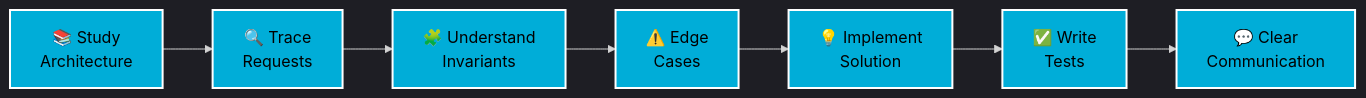
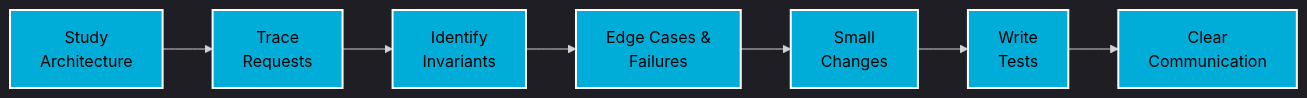
One commit to Aditya7880900936/Aditya7880900936 changed the diagram in README.md. Above: the diagram before and after it, drawn with Mermaid. The commit also changed other lines of this file, not shown here.

````diff
--- a/README.md
+++ b/README.md
@@ -191,18 +102,18 @@
 ```mermaid
-%%{init: {'theme':'dark'}}%%
+%%{init: {'theme':'dark', 'themeVariables': { 'fontSize':'16px'}}}%%
 graph LR
-    A[📚 Study<br/>Architecture] --> B[🔍 Trace<br/>Requests]
-    B --> C[🧩 Understand<br/>Invariants]
-    C --> D[⚠️ Edge<br/>Cases]
-    D --> E[💡 Implement<br/>Solution]
-    E --> F[✅ Write<br/>Tests]
-    F --> G[💬 Clear<br/>Communication]
+    A[Study<br/>Architecture] --> B[Trace<br/>Requests]
+    B --> C[Identify<br/>Invariants]
+    C --> D[Edge Cases &<br/>Failures]
+    D --> E[Small<br/>Changes]
+    E --> F[Write<br/>Tests]
+    F --> G[Clear<br/>Communication]
     
     style A fill:#00ADD8,stroke:#fff,stroke-width:2px,color:#000
     style B fill:#00ADD8,stroke:#fff,stroke-width:2px,color:#000
     style C fill:#00ADD8,stroke:#fff,stroke-width:2px,color:#000
     style D fill:#00ADD8,stroke:#fff,stroke-width:2px,color:#000
     style E fill:#00ADD8,stroke:#fff,stroke-width:2px,color:#000
     style F fill:#00ADD8,stroke:#fff,stroke-width:2px,color:#000
     style G fill:#00ADD8,stroke:#fff,stroke-width:2px,color:#000
 ```
````
